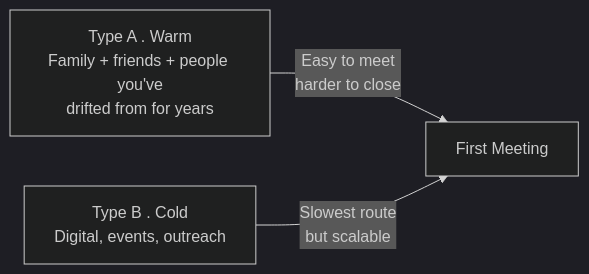
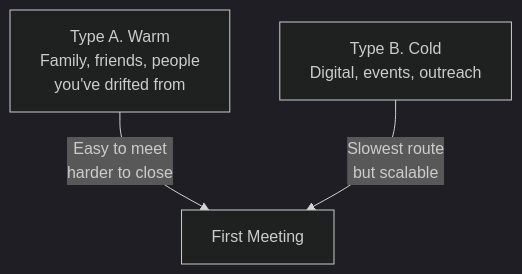
Before and after one commit to leotansingapore/aia-product-compass-hub: the second of 4 diagrams in docs/first-60-days/week-7/day-37.md, drawn with Mermaid (dark theme). The commit also changed other lines of this file and 56 other files, not shown here.

Commit message:
Readability pass across first-60-days: styled HTML to tables/diagrams, cleaner formatting, no leaked metadata

````diff
--- a/docs/first-60-days/week-7/day-37.md
+++ b/docs/first-60-days/week-7/day-37.md
@@ -54,7 +59,7 @@
 ```mermaid
-flowchart LR
-    A["Type A . Warm<br/>Family + friends + people you've<br/>drifted from for years"]
-    C["Type B . Cold<br/>Digital, events, outreach"]
+flowchart TD
+    A["Type A. Warm<br/>Family, friends, people<br/>you've drifted from"]
+    C["Type B. Cold<br/>Digital, events, outreach"]
     A -->|"Easy to meet<br/>harder to close"| M["First Meeting"]
     C -->|"Slowest route<br/>but scalable"| M
 ```
````
